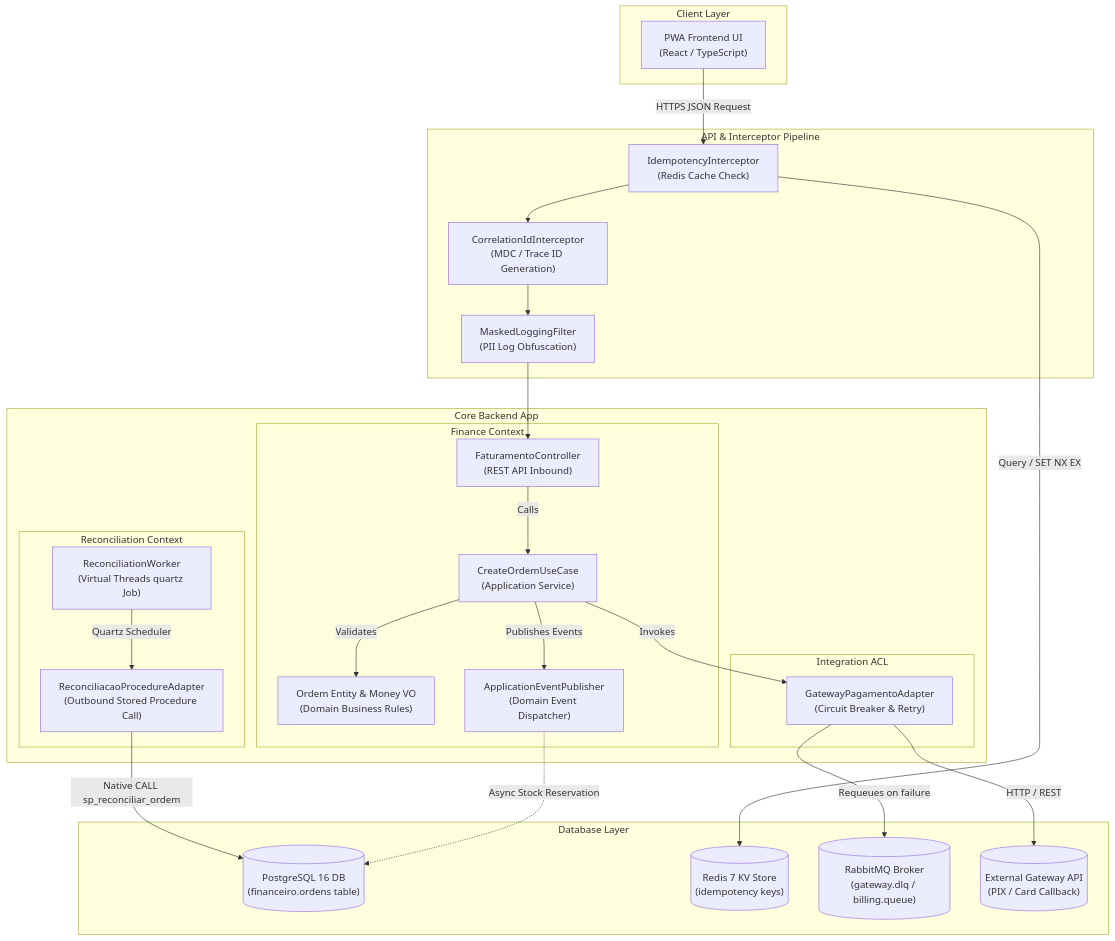
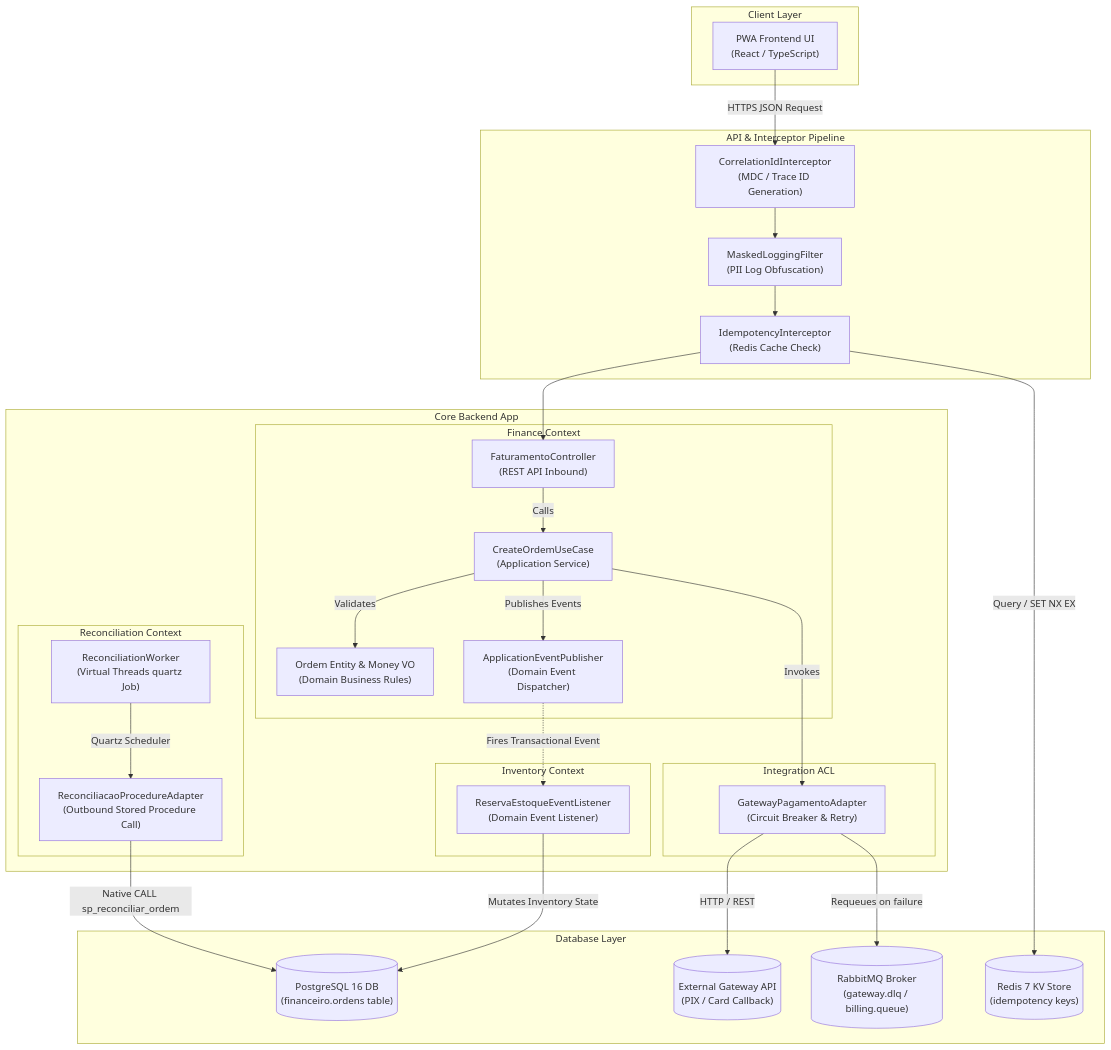
The diagram in context/Software Design Document - SincronizaMEI.md (KalyelNLaurindo/SincronizaMEI), drawn with Mermaid before and after one commit. The commit also changed other lines of this file and 1 other file, not shown here.

Commit message:
docs(sdd): correct diagrams interceptor pipeline, version drift, event dispatching, and limbo SLA

````diff
--- a/context/Software Design Document - SincronizaMEI.md
+++ b/context/Software Design Document - SincronizaMEI.md
@@ -155,56 +155,61 @@
 ```mermaid
 graph TD
     subgraph Client_Layer [Client Layer]
         SPA["PWA Frontend UI<br>(React / TypeScript)"]
     end
 
     subgraph API_Gateway [API & Interceptor Pipeline]
-        Idempotency["IdempotencyInterceptor<br>(Redis Cache Check)"]
         Correlation["CorrelationIdInterceptor<br>(MDC / Trace ID Generation)"]
         MaskFilter["MaskedLoggingFilter<br>(PII Log Obfuscation)"]
+        Idempotency["IdempotencyInterceptor<br>(Redis Cache Check)"]
     end
 
     subgraph Core_Backend [Core Backend App]
         subgraph Finance_Context [Finance Context]
             Controller["FaturamentoController<br>(REST API Inbound)"]
             UseCase["CreateOrdemUseCase<br>(Application Service)"]
             Domain["Ordem Entity & Money VO<br>(Domain Business Rules)"]
             EventPub["ApplicationEventPublisher<br>(Domain Event Dispatcher)"]
+        end
+
+        subgraph Estoque_Context [Inventory Context]
+            EventListener["ReservaEstoqueEventListener<br>(Domain Event Listener)"]
         end
 
         subgraph Reconcile_Context [Reconciliation Context]
             Worker["ReconciliationWorker<br>(Virtual Threads quartz Job)"]
             Adapter["ReconciliacaoProcedureAdapter<br>(Outbound Stored Procedure Call)"]
         end
 
         subgraph Integration_ACL [Integration ACL]
             GatewayAdapter["GatewayPagamentoAdapter<br>(Circuit Breaker & Retry)"]
         end
     end
 
     subgraph Database_Layer [Database Layer]
         Postgres[("PostgreSQL 16 DB<br>(financeiro.ordens table)")]
         RedisDB[("Redis 7 KV Store<br>(idempotency keys)")]
         Rabbit[("RabbitMQ Broker<br>(gateway.dlq / billing.queue)")]
         Gateway[("External Gateway API<br>(PIX / Card Callback)")]
     end
 
-    SPA -->|HTTPS JSON Request| Idempotency
-    Idempotency --> Correlation
+    SPA -->|HTTPS JSON Request| Correlation
     Correlation --> MaskFilter
-    MaskFilter --> Controller
+    MaskFilter --> Idempotency
+    Idempotency --> Controller
     
     Controller -->|Calls| UseCase
     UseCase -->|Validates| Domain
     UseCase -->|Publishes Events| EventPub
     UseCase -->|Invokes| GatewayAdapter
     
     Worker -->|Quartz Scheduler| Adapter
     Adapter -->|Native CALL sp_reconciliar_ordem| Postgres
     
     GatewayAdapter -->|HTTP / REST| Gateway
     GatewayAdapter -->|Requeues on failure| Rabbit
     Idempotency -->|Query / SET NX EX| RedisDB
     
-    EventPub -.->|Async Stock Reservation| Postgres
+    EventPub -.->|Fires Transactional Event| EventListener
+    EventListener -->|Mutates Inventory State| Postgres
 ```
````
